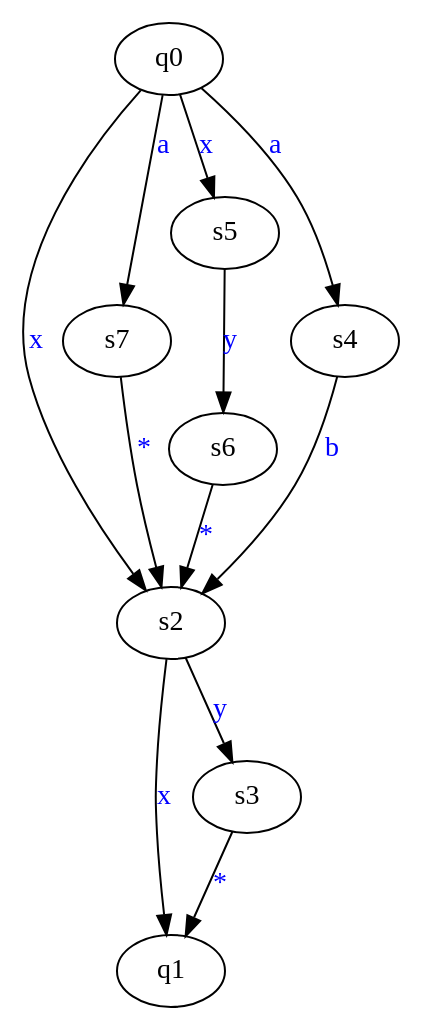
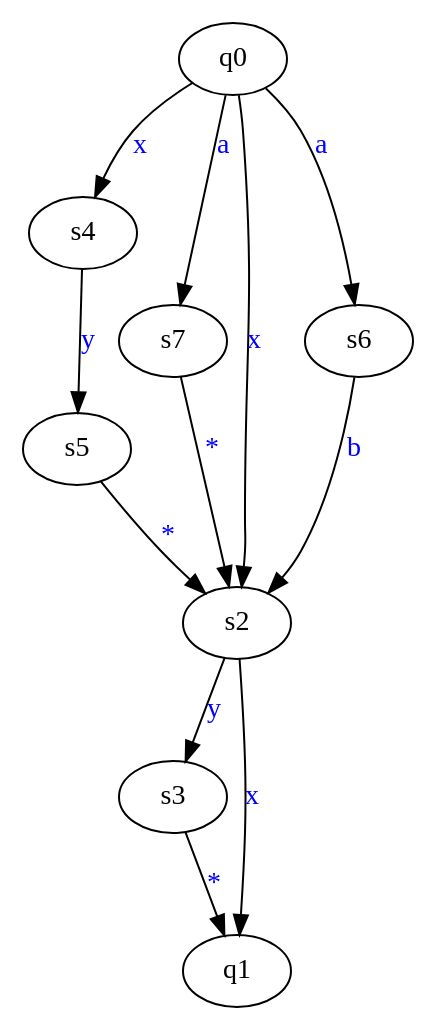
The diagram in assets/v1.dot (SmartPhoneJava/compiler-design), drawn with Graphviz before and after one commit. The commit also changed 17 other files, not shown here.

```diff
--- a/assets/v1.dot
+++ b/assets/v1.dot
@@ -1,22 +1,22 @@
 digraph G {
+	q0->s4[ label=<<font color="blue">x</font>> ];
+	s3->q1[ label=<<font color="blue">*</font>> ];
+	q0->s7[ label=<<font color="blue">a</font>> ];
+	s4->s5[ label=<<font color="blue">y</font>> ];
+	s5->s2[ label=<<font color="blue">*</font>> ];
+	s6->s2[ label=<<font color="blue">b</font>> ];
+	s7->s2[ label=<<font color="blue">*</font>> ];
+	q0->s2[ label=<<font color="blue">x</font>> ];
 	s2->q1[ label=<<font color="blue">x</font>> ];
 	s2->s3[ label=<<font color="blue">y</font>> ];
-	s3->q1[ label=<<font color="blue">*</font>> ];
-	s7->s2[ label=<<font color="blue">*</font>> ];
-	q0->s5[ label=<<font color="blue">x</font>> ];
-	s4->s2[ label=<<font color="blue">b</font>> ];
-	s5->s6[ label=<<font color="blue">y</font>> ];
-	s6->s2[ label=<<font color="blue">*</font>> ];
-	q0->s2[ label=<<font color="blue">x</font>> ];
-	q0->s7[ label=<<font color="blue">a</font>> ];
-	q0->s4[ label=<<font color="blue">a</font>> ];
+	q0->s6[ label=<<font color="blue">a</font>> ];
 	q0;
 	q1;
 	s2;
 	s3;
 	s4;
 	s5;
 	s6;
 	s7;
 
 }
```
